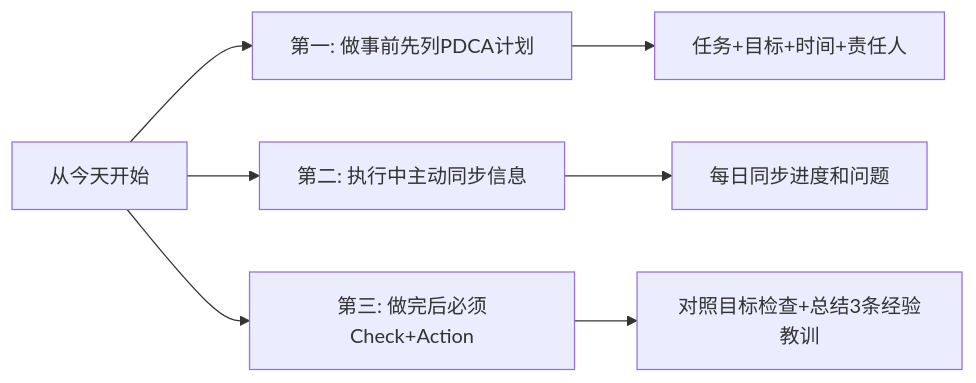
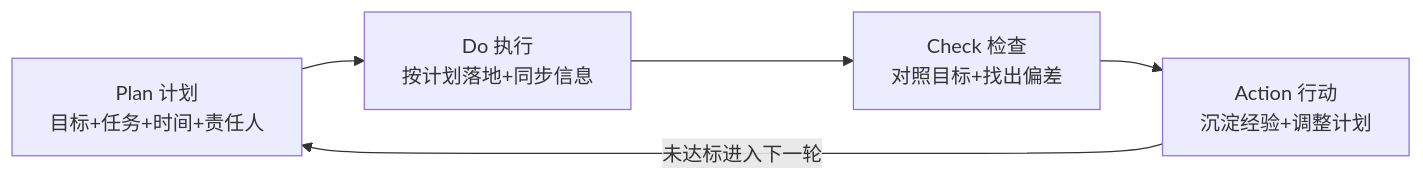
The diagram in packages/website/13.书籍/05.自我精进·成事/03.事中执行/01.PDCA循环执行法.md (chongyang211/YCBookBlog), drawn with Mermaid before and after one commit. The commit also changed other lines of this file and 83 other files, not shown here.

````diff
--- a/packages/website/13.书籍/05.自我精进·成事/03.事中执行/01.PDCA循环执行法.md
+++ b/packages/website/13.书籍/05.自我精进·成事/03.事中执行/01.PDCA循环执行法.md
@@ -251,9 +63,7 @@
 ```mermaid
 graph LR
-    A[从今天开始] --> B[第一: 做事前先列PDCA计划]
-    A --> C[第二: 执行中主动同步信息]
-    A --> D[第三: 做完后必须Check+Action]
-    B --> B1[任务+目标+时间+责任人]
-    C --> C1[每日同步进度和问题]
-    D --> D1[对照目标检查+总结3条经验教训]
+    P[Plan 计划<br/>目标+任务+时间+责任人] --> D[Do 执行<br/>按计划落地+同步信息]
+    D --> C[Check 检查<br/>对照目标+找出偏差]
+    C --> A[Action 行动<br/>沉淀经验+调整计划]
+    A -->|未达标进入下一轮| P
 ```
````
